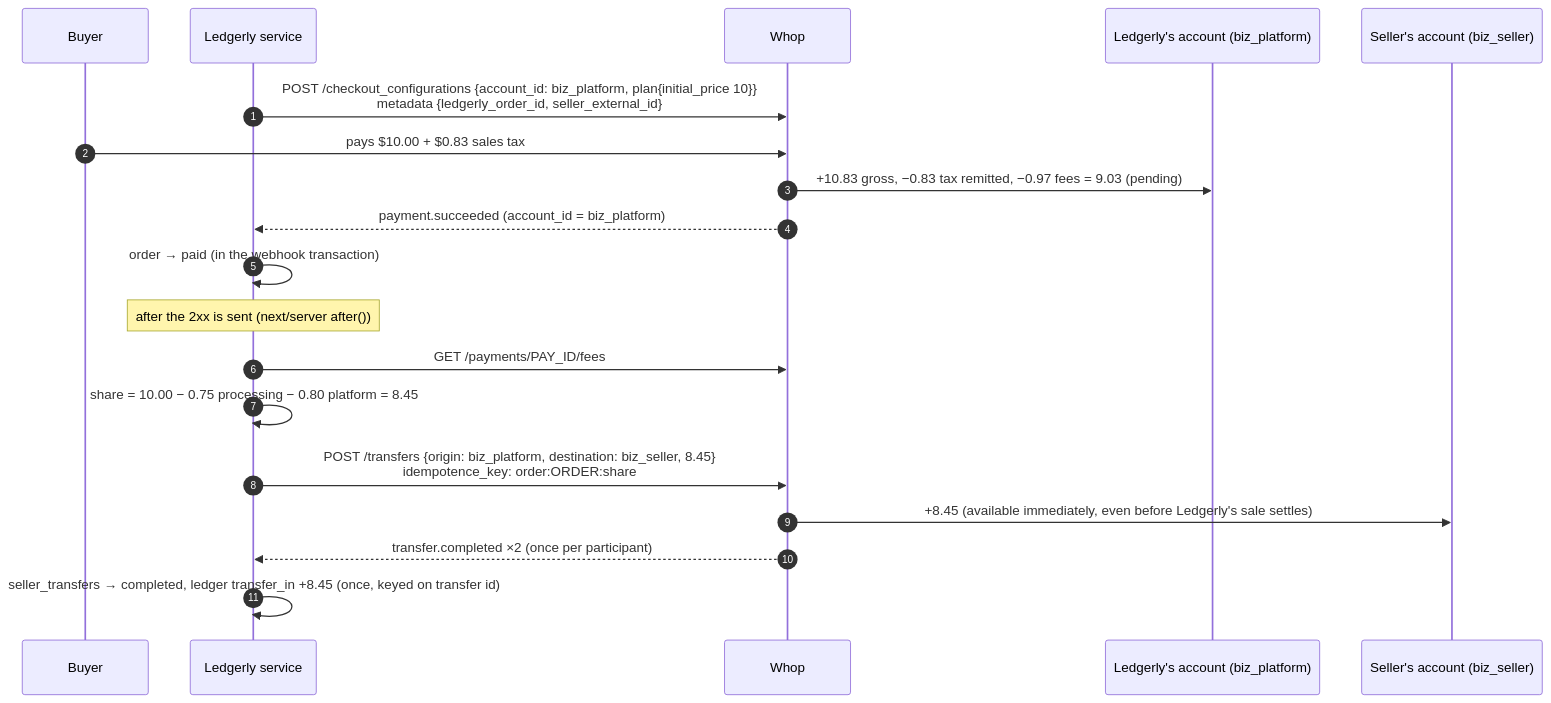
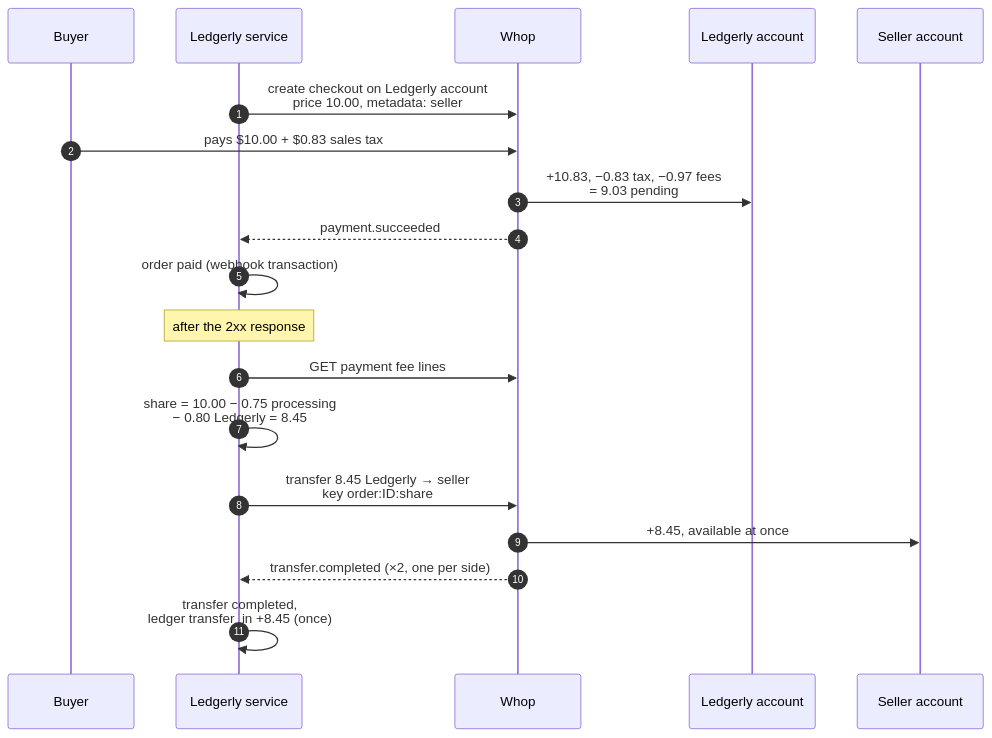
Before and after one commit to steve-cooks/ledgerly-on-whop: the third of 3 diagrams in README.md, drawn with Mermaid. The commit also changed other lines of this file, not shown here.

Commit message:
Make README sequence diagrams readable

````diff
--- a/README.md
+++ b/README.md
@@ -110,22 +110,22 @@
 ```mermaid
 sequenceDiagram
   autonumber
   participant B as Buyer
   participant L as Ledgerly service
   participant W as Whop
-  participant P as Ledgerly's account (biz_platform)
-  participant S as Seller's account (biz_seller)
+  participant P as Ledgerly account
+  participant S as Seller account
 
-  L->>W: POST /checkout_configurations {account_id: biz_platform, plan{initial_price 10}}<br/>metadata {ledgerly_order_id, seller_external_id}
+  L->>W: create checkout on Ledgerly account<br/>price 10.00, metadata: seller
   B->>W: pays $10.00 + $0.83 sales tax
-  W->>P: +10.83 gross, −0.83 tax remitted, −0.97 fees = 9.03 (pending)
-  W-->>L: payment.succeeded (account_id = biz_platform)
-  L->>L: order → paid (in the webhook transaction)
-  Note over L: after the 2xx is sent (next/server after())
-  L->>W: GET /payments/PAY_ID/fees
-  L->>L: share = 10.00 − 0.75 processing − 0.80 platform = 8.45
-  L->>W: POST /transfers {origin: biz_platform, destination: biz_seller, 8.45}<br/>idempotence_key: order:ORDER:share
-  W->>S: +8.45 (available immediately, even before Ledgerly's sale settles)
-  W-->>L: transfer.completed ×2 (once per participant)
-  L->>L: seller_transfers → completed, ledger transfer_in +8.45 (once, keyed on transfer id)
+  W->>P: +10.83, −0.83 tax, −0.97 fees<br/>= 9.03 pending
+  W-->>L: payment.succeeded
+  L->>L: order paid (webhook transaction)
+  Note over L: after the 2xx response
+  L->>W: GET payment fee lines
+  L->>L: share = 10.00 − 0.75 processing<br/>− 0.80 Ledgerly = 8.45
+  L->>W: transfer 8.45 Ledgerly → seller<br/>key order:ID:share
+  W->>S: +8.45, available at once
+  W-->>L: transfer.completed (×2, one per side)
+  L->>L: transfer completed,<br/>ledger transfer_in +8.45 (once)
 ```
````
